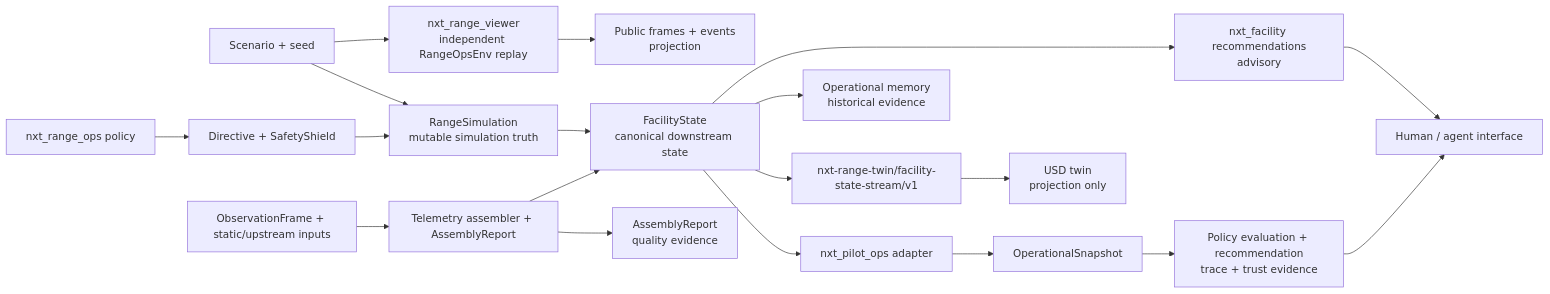
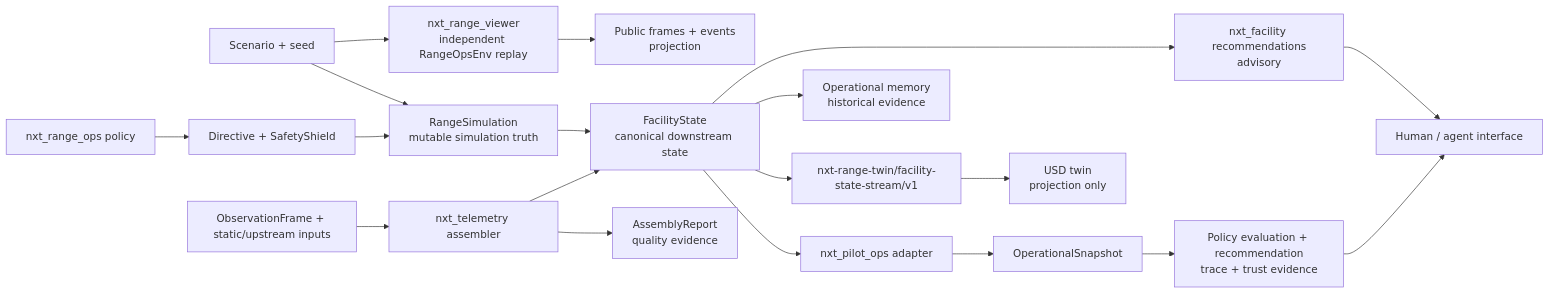
One commit to matthewong1210/nxtektal-systems changed the first of 3 diagrams in .agent/context/architecture.md. Above: the diagram before and after it, drawn with Mermaid. The commit also changed other lines of this file and 12 other files, not shown here.

````diff
--- a/.agent/context/architecture.md
+++ b/.agent/context/architecture.md
@@ -5,21 +5,21 @@
 ```mermaid
 flowchart LR
     Scenario["Scenario + seed"] --> Runtime["RangeSimulation\nmutable simulation truth"]
     Scenario --> Viewer["nxt_range_viewer\nindependent RangeOpsEnv replay"]
     Viewer --> ViewerOutput["Public frames + events\nprojection"]
     SimPolicy["nxt_range_ops policy"] --> Directive["Directive + SafetyShield"]
     Directive --> Runtime
     Runtime --> State["FacilityState\ncanonical downstream state"]
-    Observations["ObservationFrame + static/upstream inputs"] --> Assembler["Telemetry assembler + AssemblyReport"]
+    Observations["ObservationFrame + static/upstream inputs"] --> Assembler["nxt_telemetry assembler"]
     Assembler --> State
     Assembler --> Quality["AssemblyReport\nquality evidence"]
     State --> Advice["nxt_facility recommendations\nadvisory"]
     State --> ShadowAdapter["nxt_pilot_ops adapter"]
     ShadowAdapter --> Snapshot["OperationalSnapshot"]
     Snapshot --> Shadow["Policy evaluation + recommendation\ntrace + trust evidence"]
     State --> Memory["Operational memory\nhistorical evidence"]
     State --> Stream["nxt-range-twin/facility-state-stream/v1"]
     Stream --> Twin["USD twin\nprojection only"]
     Advice --> Human["Human / agent interface"]
     Shadow --> Human
 ```
````
